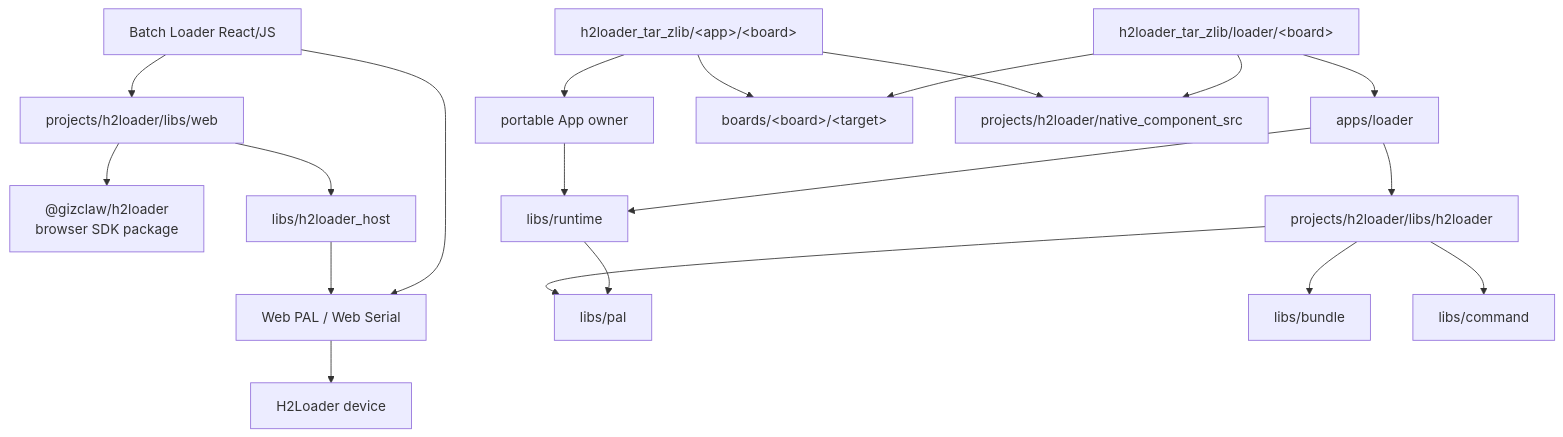
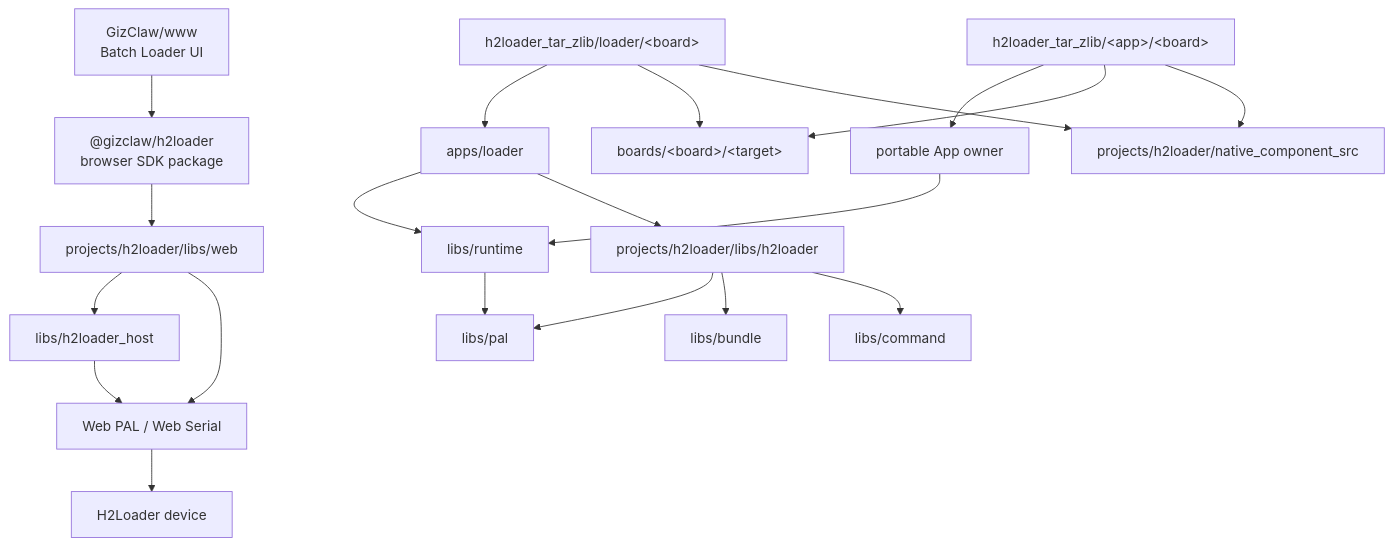
Before and after one commit to GizClaw/gizos: the second of 2 diagrams in guides/apps/h2loader/index.md, drawn with Mermaid. The commit also changed other lines of this file and 52 other files, not shown here.

First line of the commit message:
h2loader/web: retire the in-repo batch loader frontend

````diff
--- a/guides/apps/h2loader/index.md
+++ b/guides/apps/h2loader/index.md
@@ -103,22 +103,22 @@
 ```mermaid
 flowchart TD
-    Batch["Batch Loader React/JS"] --> WebSDK["projects/h2loader/libs/web"]
-    WebSDK --> NpmSDK["@gizclaw/h2loader<br/>browser SDK package"]
+    Batch["GizClaw/www<br/>Batch Loader UI"] --> NpmSDK["@gizclaw/h2loader<br/>browser SDK package"]
+    NpmSDK --> WebSDK["projects/h2loader/libs/web"]
     WebSDK --> HostCore["libs/h2loader_host"]
-    Batch --> WebPAL["Web PAL / Web Serial"]
+    WebSDK --> WebPAL["Web PAL / Web Serial"]
     WebPAL --> Loader["H2Loader device"]
     HostCore --> WebPAL
     H2Main["h2loader_tar_zlib/loader/&lt;board&gt;"] --> LoaderApp["apps/loader"]
     AppMain["h2loader_tar_zlib/&lt;app&gt;/&lt;board&gt;"] --> PortableApp["portable App owner"]
     H2Main --> BSP["boards/&lt;board&gt;/&lt;target&gt;"]
     AppMain --> BSP
     H2Main --> ProjectComponents["projects/h2loader/native_component_src"]
     AppMain --> ProjectComponents
     LoaderApp --> Runtime["libs/runtime"]
     PortableApp --> Runtime
     LoaderApp --> Common["projects/h2loader/libs/h2loader"]
     Runtime --> PAL["libs/pal"]
     Common --> PAL
     Common --> Bundle["libs/bundle"]
     Common --> Command["libs/command"]
 ```
````
